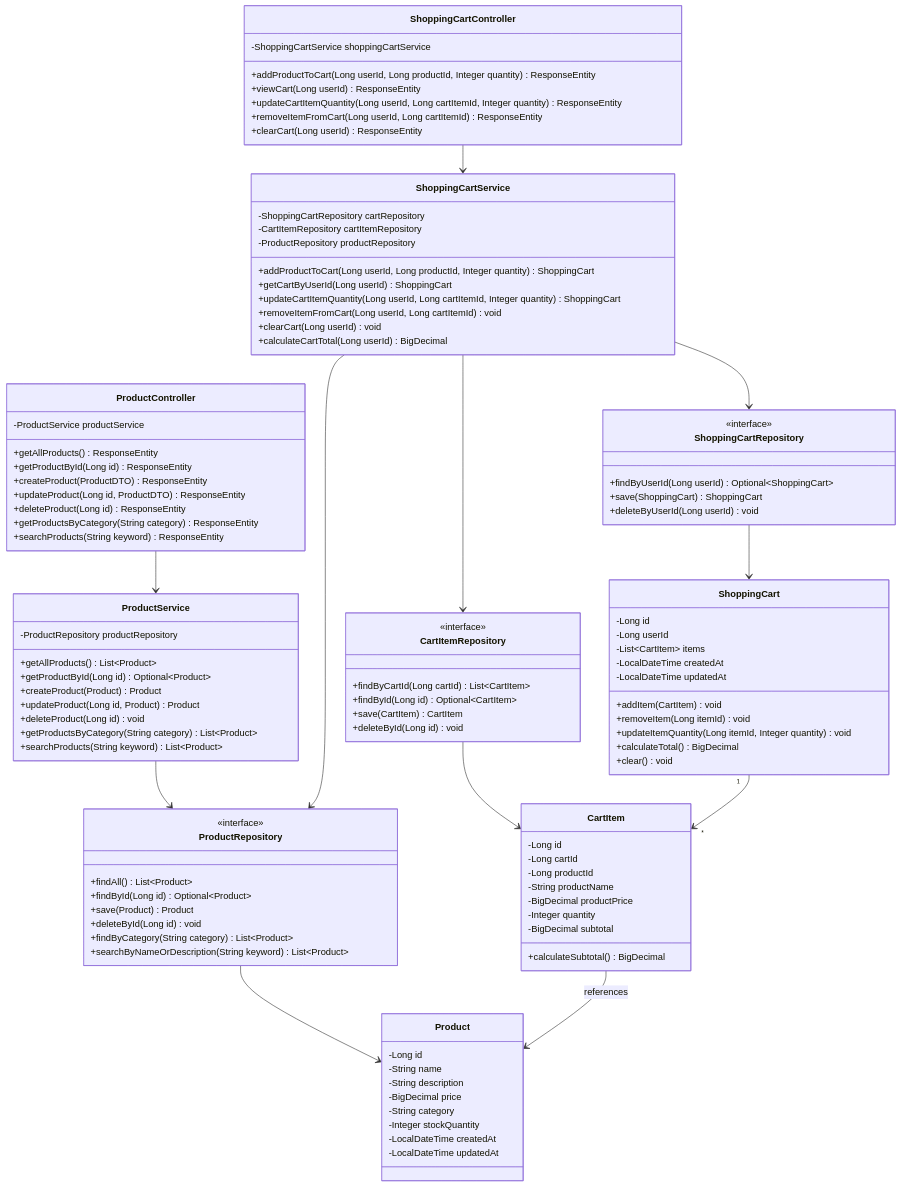
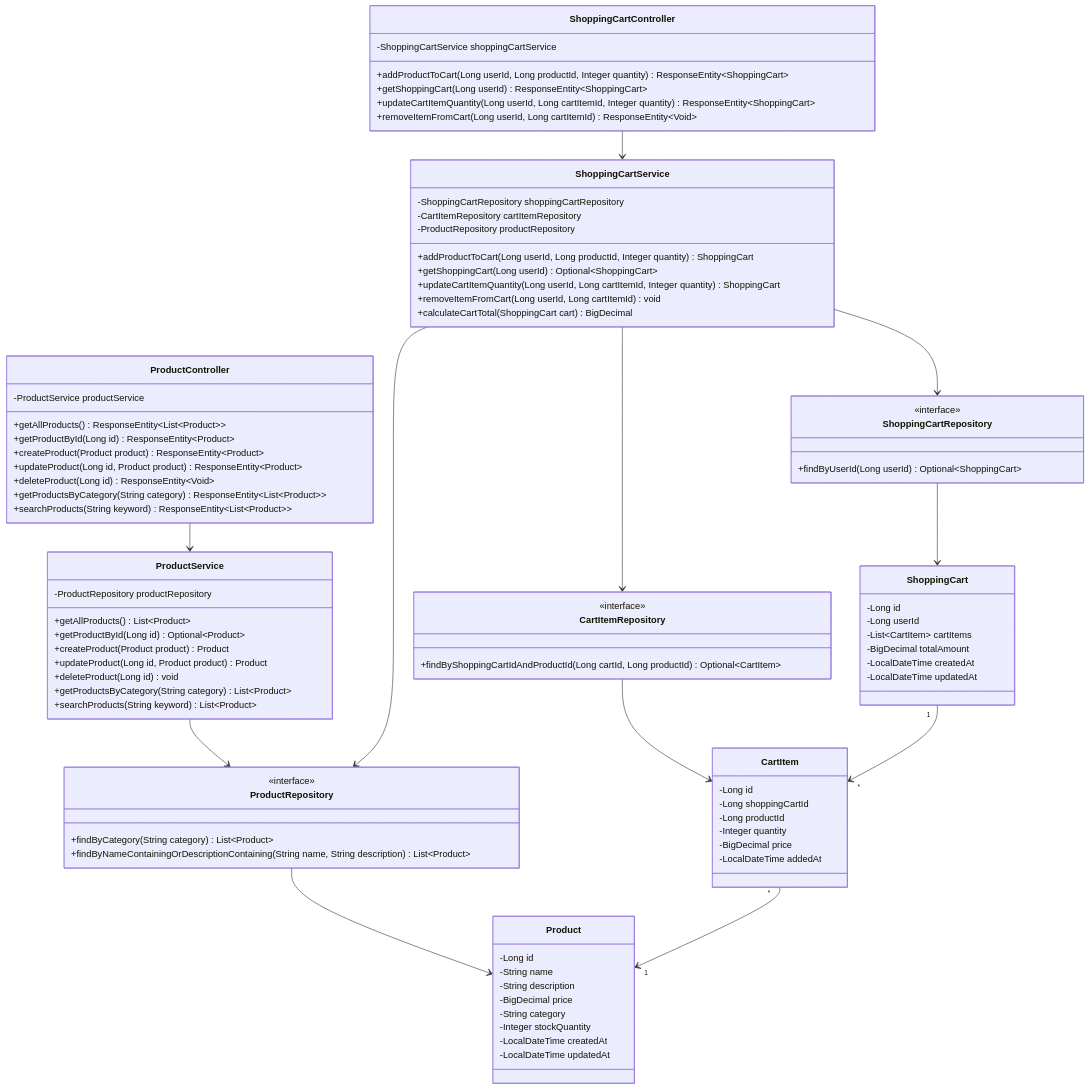
The first of 13 diagrams in docs/LLD/modified_lld.md (NavneetBN47/aava-ecom-demo), drawn with Mermaid before and after one commit. The commit also changed other lines of this file, not shown here.

````diff
--- a/docs/LLD/modified_lld.md
+++ b/docs/LLD/modified_lld.md
@@ -32,21 +26,21 @@
 classDiagram
     class ProductController {
         -ProductService productService
-        +getAllProducts() ResponseEntity
-        +getProductById(Long id) ResponseEntity
-        +createProduct(ProductDTO) ResponseEntity
-        +updateProduct(Long id, ProductDTO) ResponseEntity
-        +deleteProduct(Long id) ResponseEntity
-        +getProductsByCategory(String category) ResponseEntity
-        +searchProducts(String keyword) ResponseEntity
+        +getAllProducts() ResponseEntity~List~Product~~
+        +getProductById(Long id) ResponseEntity~Product~
+        +createProduct(Product product) ResponseEntity~Product~
+        +updateProduct(Long id, Product product) ResponseEntity~Product~
+        +deleteProduct(Long id) ResponseEntity~Void~
+        +getProductsByCategory(String category) ResponseEntity~List~Product~~
+        +searchProducts(String keyword) ResponseEntity~List~Product~~
     }
 
     class ProductService {
         -ProductRepository productRepository
         +getAllProducts() List~Product~
         +getProductById(Long id) Optional~Product~
-        +createProduct(Product) Product
-        +updateProduct(Long id, Product) Product
+        +createProduct(Product product) Product
+        +updateProduct(Long id, Product product) Product
         +deleteProduct(Long id) void
         +getProductsByCategory(String category) List~Product~
         +searchProducts(String keyword) List~Product~
@@ -54,12 +48,8 @@
 
     class ProductRepository {
         <<interface>>
-        +findAll() List~Product~
-        +findById(Long id) Optional~Product~
-        +save(Product) Product
-        +deleteById(Long id) void
         +findByCategory(String category) List~Product~
-        +searchByNameOrDescription(String keyword) List~Product~
+        +findByNameContainingOrDescriptionContaining(String name, String description) List~Product~
     }
 
     class Product {
@@ -75,68 +65,54 @@
 
     class ShoppingCartController {
         -ShoppingCartService shoppingCartService
-        +addProductToCart(Long userId, Long productId, Integer quantity) ResponseEntity
-        +viewCart(Long userId) ResponseEntity
-        +updateCartItemQuantity(Long userId, Long cartItemId, Integer quantity) ResponseEntity
-        +removeItemFromCart(Long userId, Long cartItemId) ResponseEntity
-        +clearCart(Long userId) ResponseEntity
+        +addProductToCart(Long userId, Long productId, Integer quantity) ResponseEntity~ShoppingCart~
+        +getShoppingCart(Long userId) ResponseEntity~ShoppingCart~
+        +updateCartItemQuantity(Long userId, Long cartItemId, Integer quantity) ResponseEntity~ShoppingCart~
+        +removeItemFromCart(Long userId, Long cartItemId) ResponseEntity~Void~
     }
 
     class ShoppingCartService {
-        -ShoppingCartRepository cartRepository
+        -ShoppingCartRepository shoppingCartRepository
         -CartItemRepository cartItemRepository
         -ProductRepository productRepository
         +addProductToCart(Long userId, Long productId, Integer quantity) ShoppingCart
-        +getCartByUserId(Long userId) ShoppingCart
+        +getShoppingCart(Long userId) Optional~ShoppingCart~
         +updateCartItemQuantity(Long userId, Long cartItemId, Integer quantity) ShoppingCart
         +removeItemFromCart(Long userId, Long cartItemId) void
-        +clearCart(Long userId) void
-        +calculateCartTotal(Long userId) BigDecimal
+        +calculateCartTotal(ShoppingCart cart) BigDecimal
     }
 
     class ShoppingCartRepository {
         <<interface>>
         +findByUserId(Long userId) Optional~ShoppingCart~
-        +save(ShoppingCart) ShoppingCart
-        +deleteByUserId(Long userId) void
     }
 
     class CartItemRepository {
         <<interface>>
-        +findByCartId(Long cartId) List~CartItem~
-        +findById(Long id) Optional~CartItem~
-        +save(CartItem) CartItem
-        +deleteById(Long id) void
+        +findByShoppingCartIdAndProductId(Long cartId, Long productId) Optional~CartItem~
     }
 
     class ShoppingCart {
         -Long id
         -Long userId
-        -List~CartItem~ items
+        -List~CartItem~ cartItems
+        -BigDecimal totalAmount
         -LocalDateTime createdAt
         -LocalDateTime updatedAt
-        +addItem(CartItem) void
-        +removeItem(Long itemId) void
-        +updateItemQuantity(Long itemId, Integer quantity) void
-        +calculateTotal() BigDecimal
-        +clear() void
     }
 
     class CartItem {
         -Long id
-        -Long cartId
+        -Long shoppingCartId
         -Long productId
-        -String productName
-        -BigDecimal productPrice
         -Integer quantity
-        -BigDecimal subtotal
-        +calculateSubtotal() BigDecimal
+        -BigDecimal price
+        -LocalDateTime addedAt
     }
 
     ProductController --> ProductService
     ProductService --> ProductRepository
     ProductRepository --> Product
-    
     ShoppingCartController --> ShoppingCartService
     ShoppingCartService --> ShoppingCartRepository
     ShoppingCartService --> CartItemRepository
@@ -144,5 +120,5 @@
     ShoppingCartRepository --> ShoppingCart
     CartItemRepository --> CartItem
     ShoppingCart "1" --> "*" CartItem
-    CartItem --> Product : references
+    CartItem "*" --> "1" Product
 ```
````
